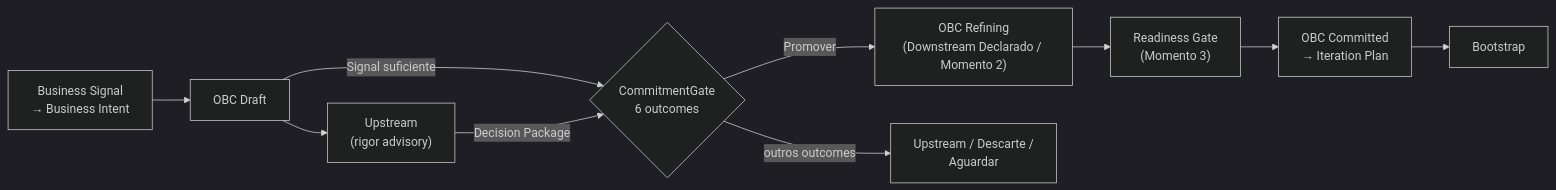
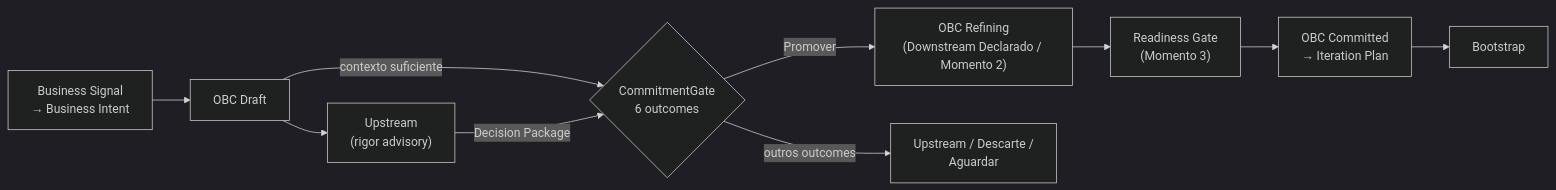
Before and after one commit to produtoreativo/from-intent-to-outcome: the third of 3 diagrams in capitulo-03.md, drawn with Mermaid (dark theme). The commit also changed 1 other file, not shown here.

Commit message:
fix(cap03): corrige label do diagrama Mermaid de 'Signal suficiente' para 'contexto suficiente'
O caminho direto ao CommitmentGate representa contexto de negócio já
disponível, não o Signal em si — que nesse ponto já foi transformado
em OBC Draft. Sincronizado PT/EN.

````diff
--- a/capitulo-03.md
+++ b/capitulo-03.md
@@ -210,12 +210,12 @@
 ```mermaid
 graph LR
     BS["Business Signal\n→ Business Intent"] --> A["OBC Draft"]
     A --> UP["Upstream\n(rigor advisory)"]
-    A -->|"Signal suficiente"| CG{"CommitmentGate\n6 outcomes"}
+    A -->|"contexto suficiente"| CG{"CommitmentGate\n6 outcomes"}
     UP -->|"Decision Package"| CG
     CG -->|"Promover"| C["OBC Refining\n(Downstream Declarado / Momento 2)"]
     CG -->|"outros outcomes"| X["Upstream / Descarte /\nAguardar"]
     C --> D["Readiness Gate\n(Momento 3)"]
     D --> E["OBC Committed\n→ Iteration Plan"]
     E --> F["Bootstrap"]
 ```
````
